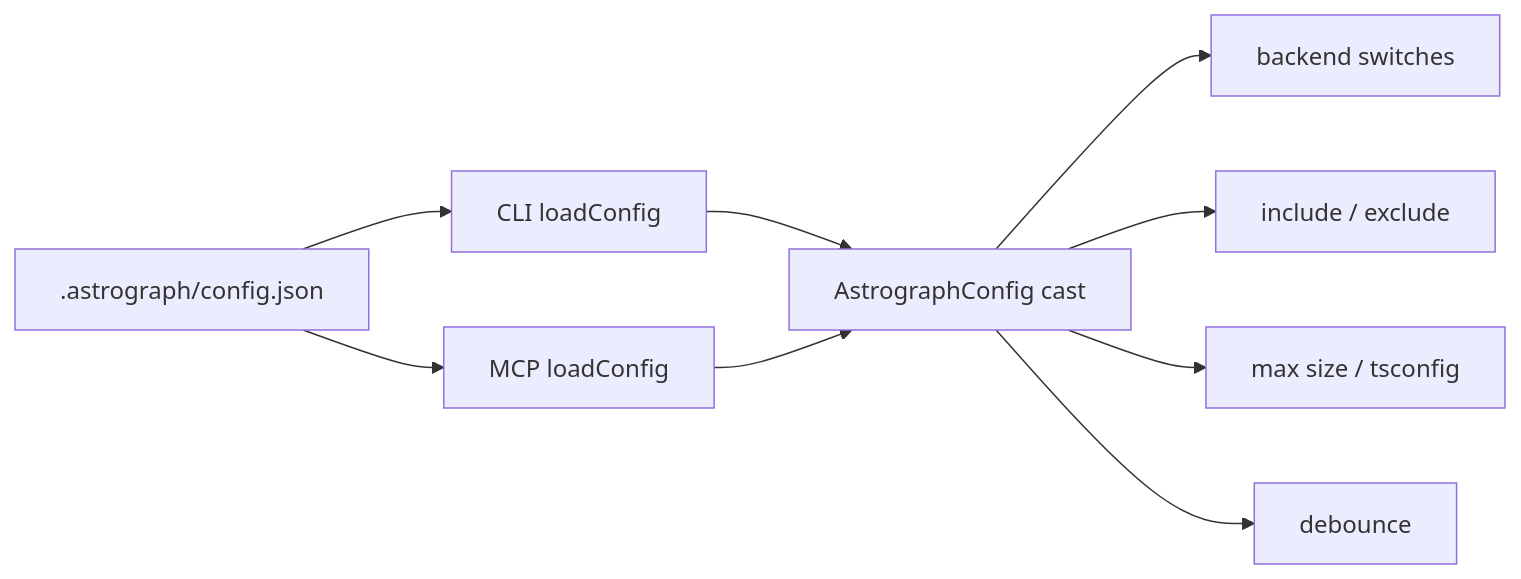
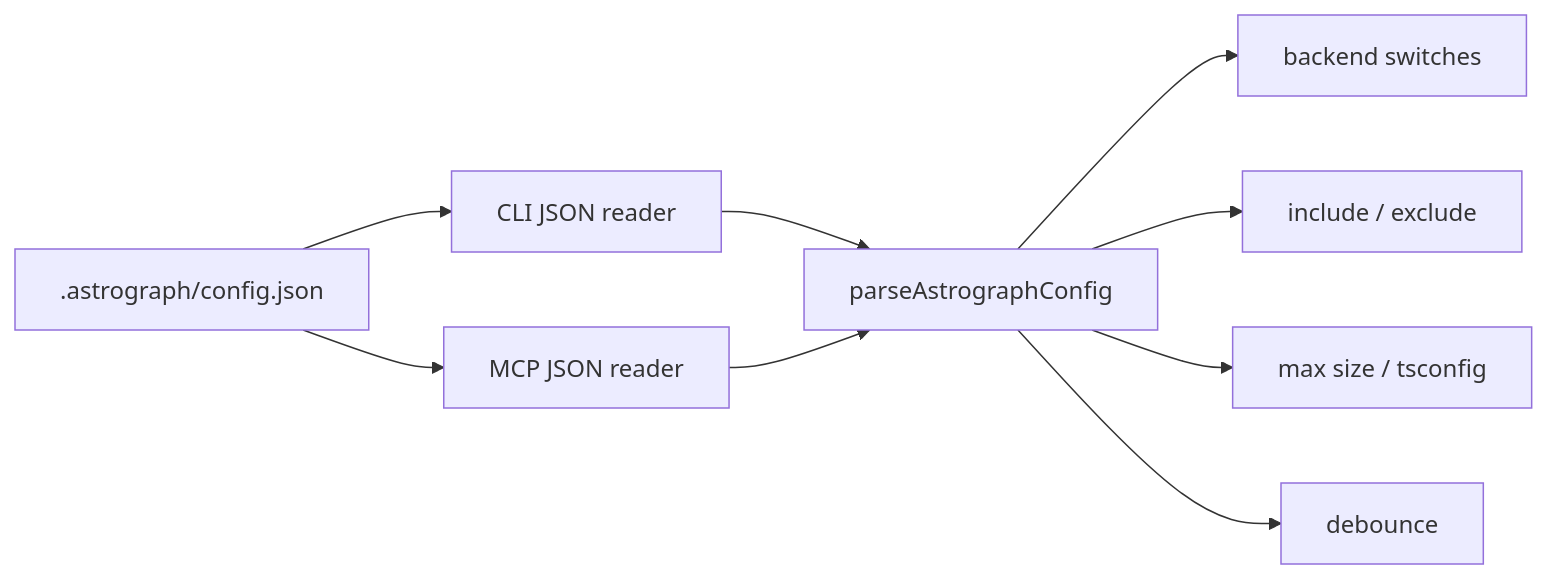
The diagram in docs/architecture/configuration-and-invalidation.md (Chofito/astrograph), drawn with Mermaid before and after one commit. The commit also changed other lines of this file and 15 other files, not shown here.

First line of the commit message:
feat(config): share one runtime-free config parser across core, CLI, and MCP

````diff
--- a/docs/architecture/configuration-and-invalidation.md
+++ b/docs/architecture/configuration-and-invalidation.md
@@ -15,11 +20,11 @@
 ```mermaid
 flowchart LR
-    JSON[".astrograph/config.json"] --> CLI["CLI loadConfig"]
-    JSON --> MCP["MCP loadConfig"]
-    CLI --> Cast["AstrographConfig cast"]
-    MCP --> Cast
-    Cast --> Registry["backend switches"]
-    Cast --> Scanner["include / exclude"]
-    Cast --> Indexer["max size / tsconfig"]
-    Cast --> Watch["debounce"]
+    JSON[".astrograph/config.json"] --> CLI["CLI JSON reader"]
+    JSON --> MCP["MCP JSON reader"]
+    CLI --> Parser["parseAstrographConfig"]
+    MCP --> Parser
+    Parser --> Registry["backend switches"]
+    Parser --> Scanner["include / exclude"]
+    Parser --> Indexer["max size / tsconfig"]
+    Parser --> Watch["debounce"]
 ```
````
